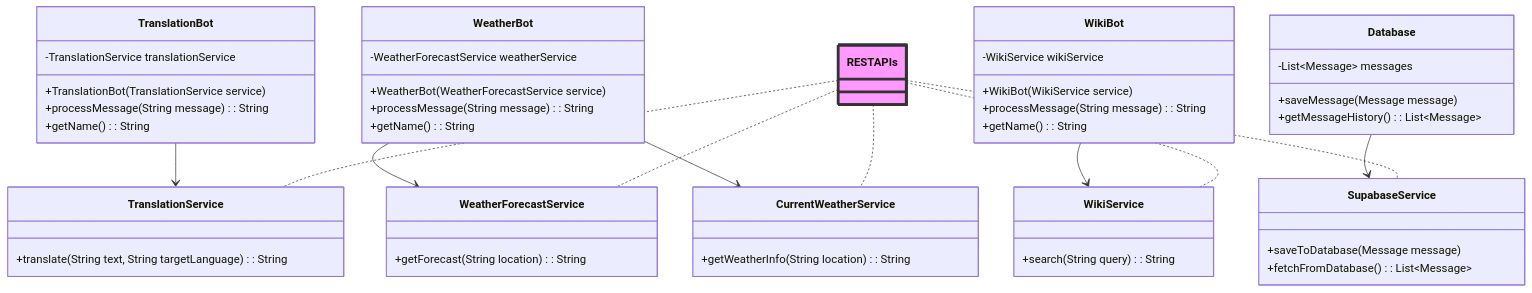
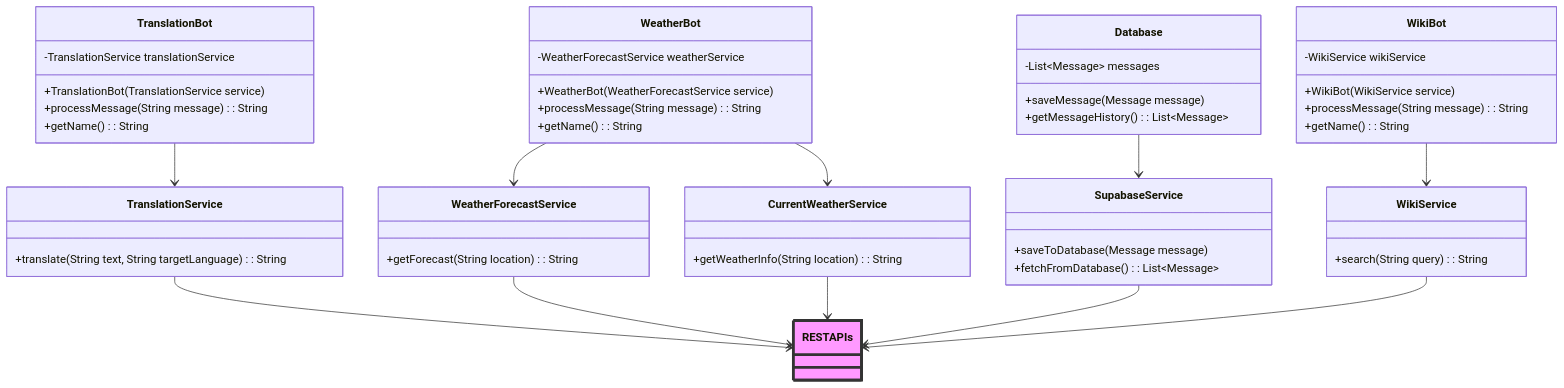
One commit to Connorh1603/Tankstellen-Projektarbeit changed the third of 3 diagrams in documentation/1,9Infrasturktursicht.md. Above: the diagram before and after it, drawn with Mermaid.

````diff
--- a/documentation/1,9Infrasturktursicht.md
+++ b/documentation/1,9Infrasturktursicht.md
@@ -126,62 +126,62 @@
 ```mermaid
 classDiagram
     class TranslationBot {
       -TranslationService translationService
       +TranslationBot(TranslationService service)
       +processMessage(String message): String
       +getName(): String
     }
 
     class WeatherBot {
       -WeatherForecastService weatherService
       +WeatherBot(WeatherForecastService service)
       +processMessage(String message): String
       +getName(): String
     }
 
     class WikiBot {
       -WikiService wikiService
       +WikiBot(WikiService service)
       +processMessage(String message): String
       +getName(): String
     }
 
     class TranslationService {
       +translate(String text, String targetLanguage): String
     }
 
     class CurrentWeatherService {
       +getWeatherInfo(String location): String
     }
 
     class WeatherForecastService {
         +getForecast(String location): String
     }
 
     class WikiService {
         +search(String query): String
     }
     class Database {
       -List~Message~ messages
       +saveMessage(Message message)
       +getMessageHistory(): List~Message~
     }
 
     class SupabaseService {
       +saveToDatabase(Message message)
       +fetchFromDatabase(): List~Message~
     }
     class RESTAPIs
     style RESTAPIs fill:#f9f,stroke:#333,stroke-width:4px
 
     Database --> SupabaseService 
     TranslationBot --> TranslationService
     WeatherBot --> WeatherForecastService
     WeatherBot --> CurrentWeatherService
     WikiBot --> WikiService
-    RESTAPIs .. TranslationService
-    RESTAPIs .. WeatherForecastService
-    RESTAPIs .. SupabaseService
-    RESTAPIs .. CurrentWeatherService
-    RESTAPIs .. WikiService
+    TranslationService --> RESTAPIs
+    WeatherForecastService --> RESTAPIs
+    SupabaseService --> RESTAPIs
+    CurrentWeatherService --> RESTAPIs
+    WikiService --> RESTAPIs
 ```
````
